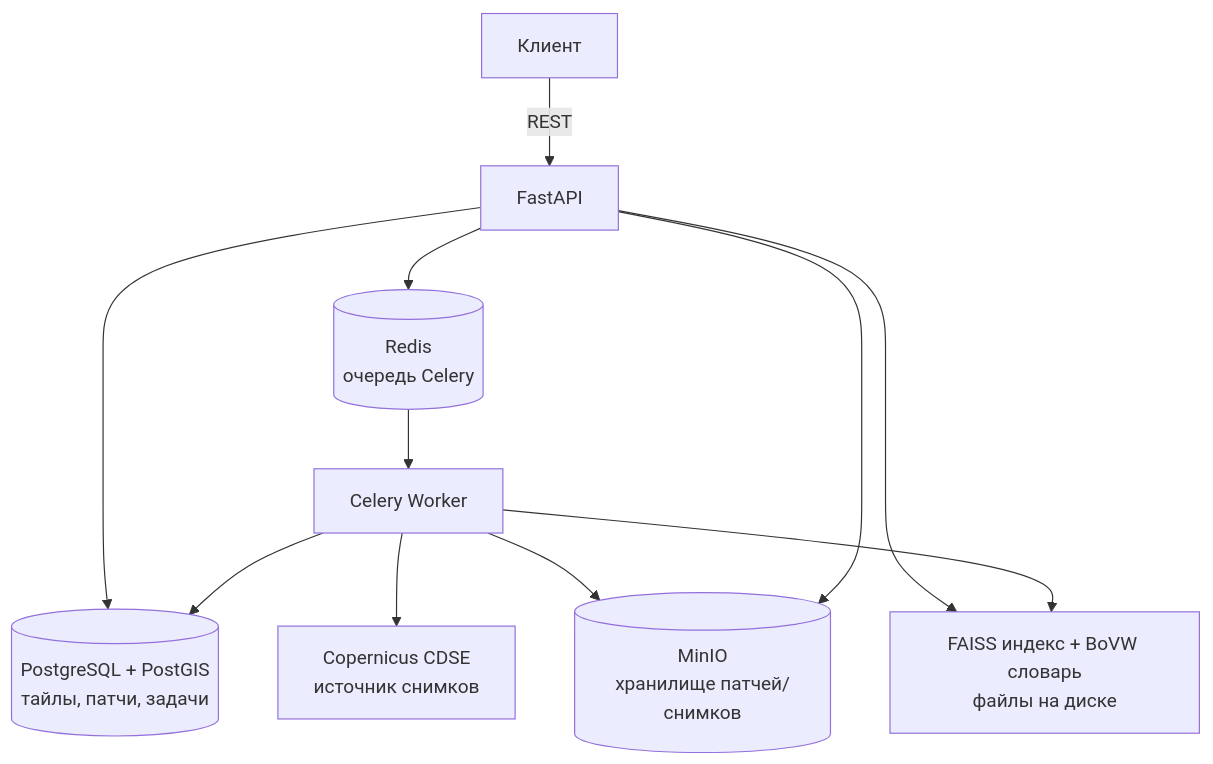
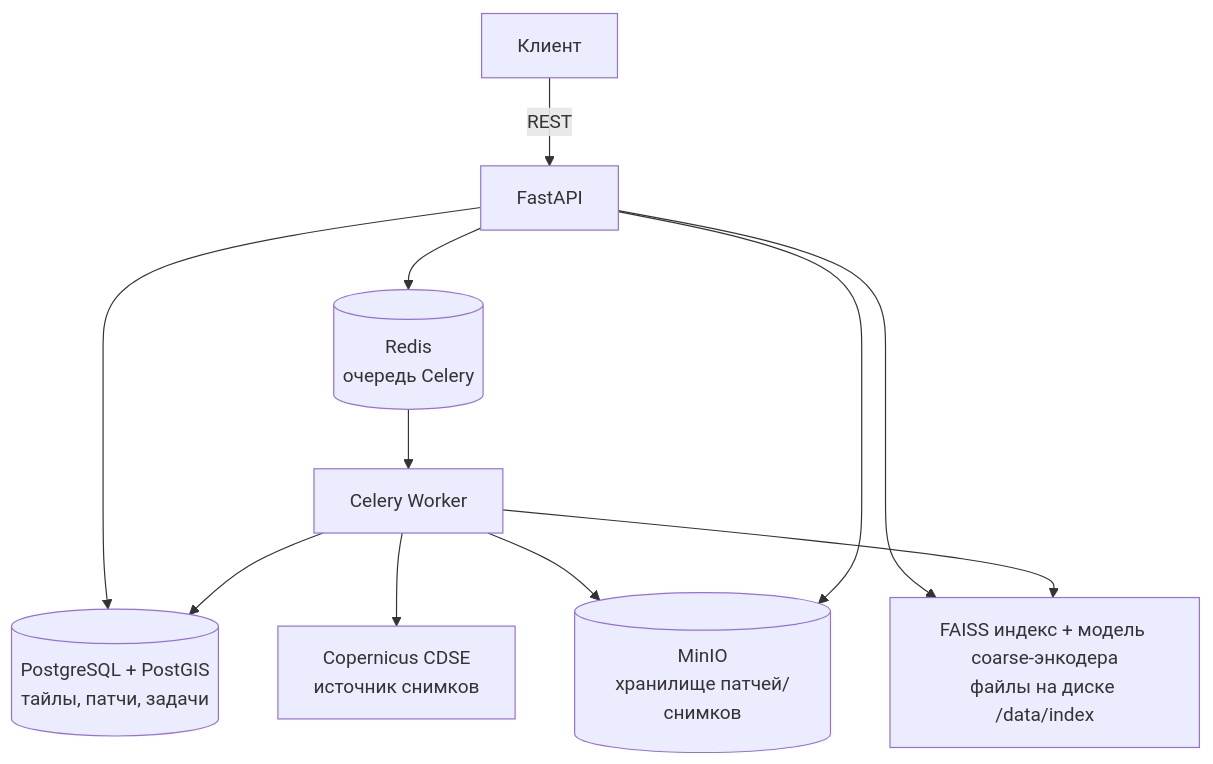
The second of 2 diagrams in README.md (egorus1442/search-geo), drawn with Mermaid before and after one commit. The commit also changed other lines of this file and 12 other files, not shown here.

````diff
--- a/README.md
+++ b/README.md
@@ -41,16 +129,16 @@
 ```mermaid
 flowchart TB
     Client[Клиент] -->|REST| API[FastAPI]
 
     API --> DB[(PostgreSQL + PostGIS<br/>тайлы, патчи, задачи)]
     API --> Redis[(Redis<br/>очередь Celery)]
-    API --> FS[FAISS индекс + BoVW словарь<br/>файлы на диске]
+    API --> FS[FAISS индекс + модель coarse-энкодера<br/>файлы на диске /data/index]
 
     Redis --> Worker[Celery Worker]
     Worker --> CDSE[Copernicus CDSE<br/>источник снимков]
     Worker --> Minio[(MinIO<br/>хранилище патчей/снимков)]
     Worker --> DB
     Worker --> FS
 
     API --> Minio
 ```
````
